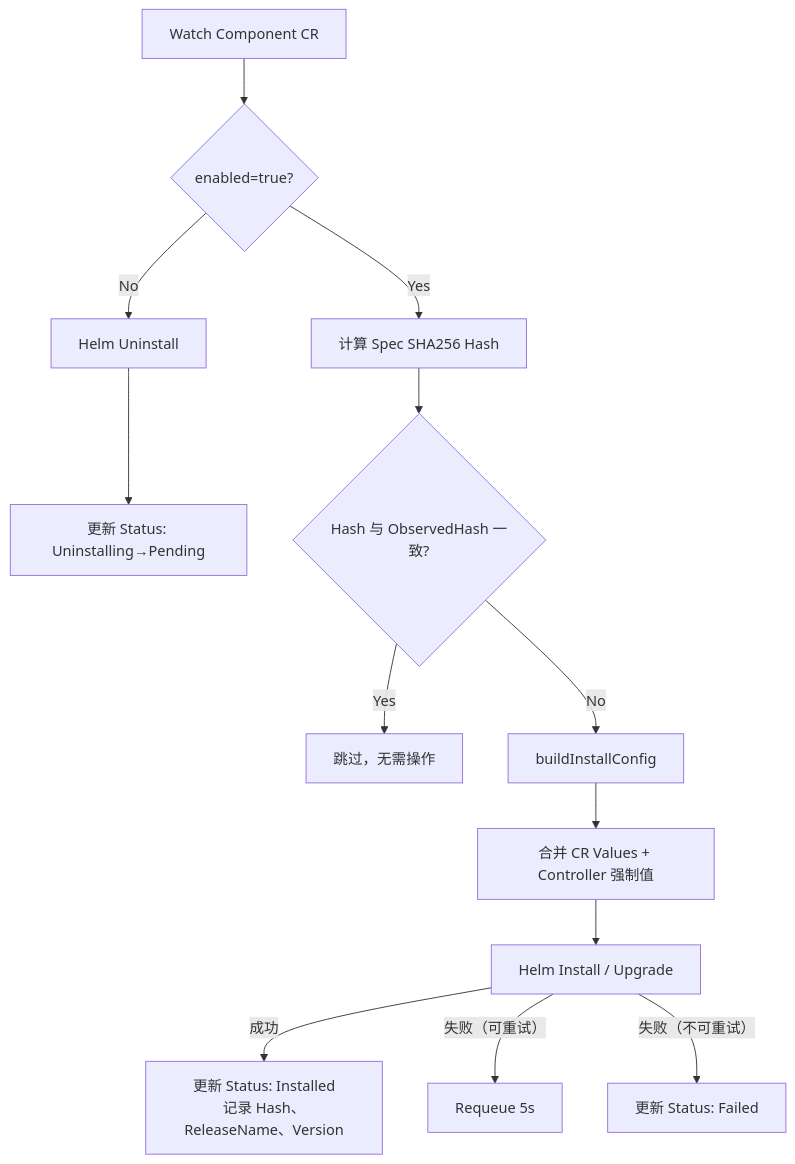
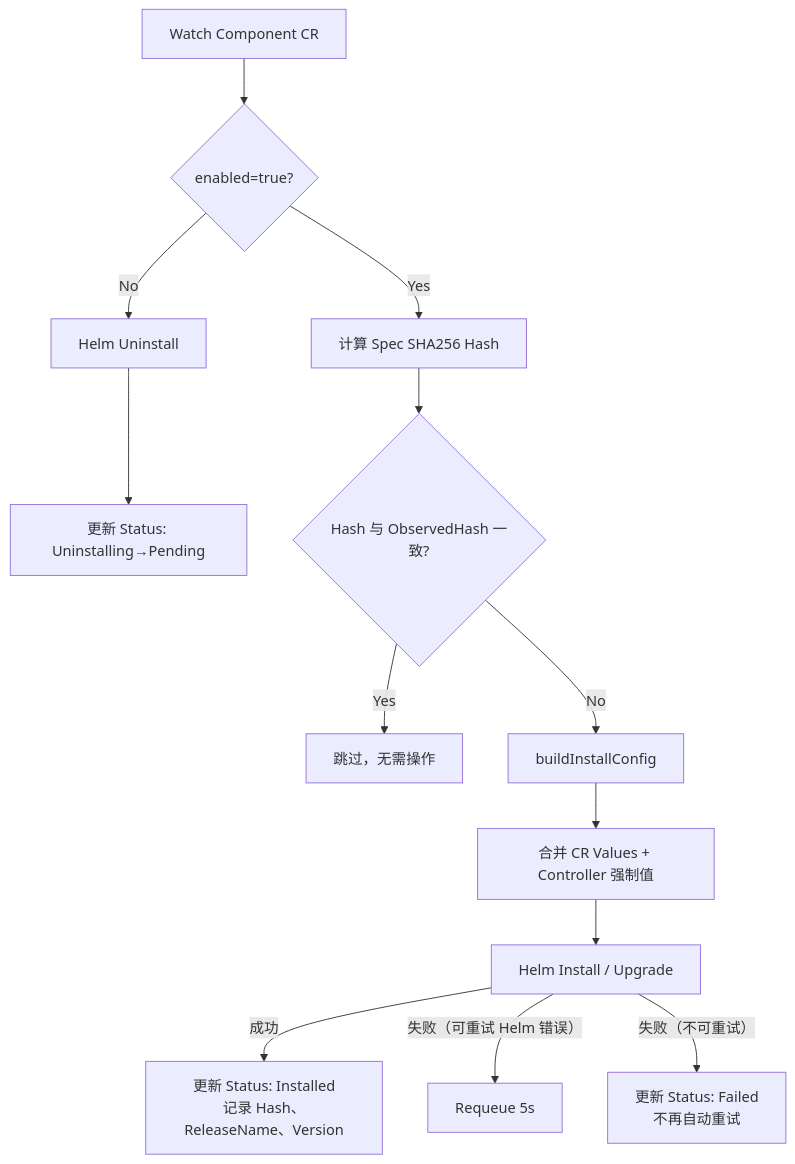
Before and after one commit to imneov/edge-website: the second of 5 diagrams in docs/developer/concepts/component.md, drawn with Mermaid. The commit also changed other lines of this file and 1 other file, not shown here.

````diff
--- a/docs/developer/concepts/component.md
+++ b/docs/developer/concepts/component.md
@@ -141,15 +141,15 @@
 ```mermaid
 flowchart TD
     A[Watch Component CR] --> B{enabled=true?}
     B -- No --> C[Helm Uninstall]
     C --> D[更新 Status: Uninstalling→Pending]
     B -- Yes --> E[计算 Spec SHA256 Hash]
     E --> F{Hash 与 ObservedHash 一致?}
     F -- Yes --> G[跳过，无需操作]
     F -- No --> H[buildInstallConfig]
     H --> I[合并 CR Values + Controller 强制值]
     I --> J[Helm Install / Upgrade]
     J -- 成功 --> K[更新 Status: Installed<br/>记录 Hash、ReleaseName、Version]
-    J -- 失败（可重试） --> L[Requeue 5s]
-    J -- 失败（不可重试） --> M[更新 Status: Failed]
+    J -- 失败（可重试 Helm 错误） --> L[Requeue 5s]
+    J -- 失败（不可重试） --> M[更新 Status: Failed<br/>不再自动重试]
 ```
````
